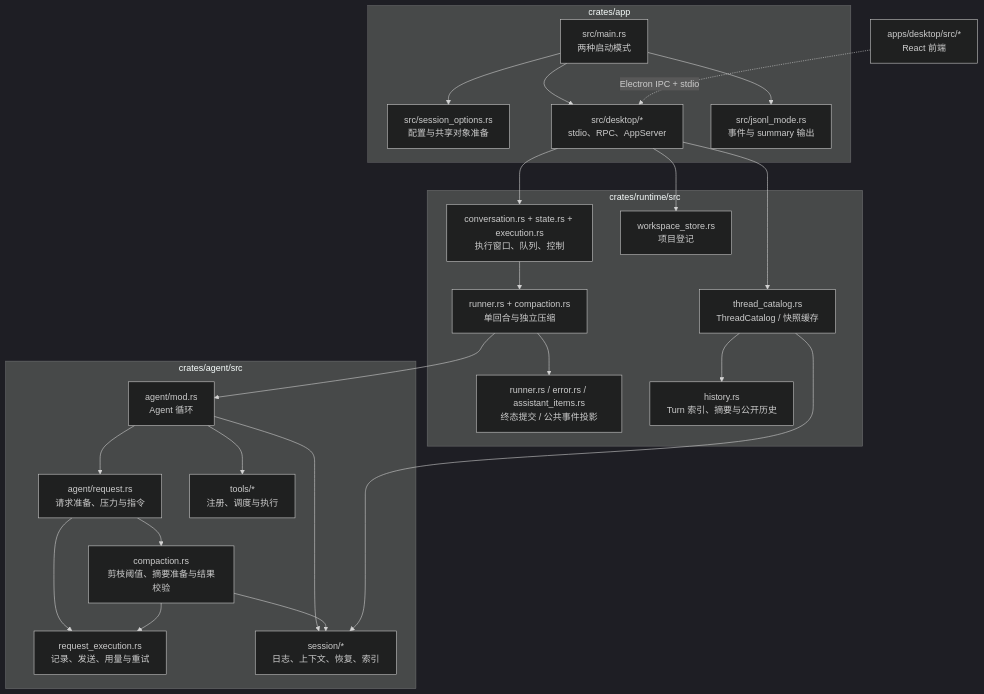
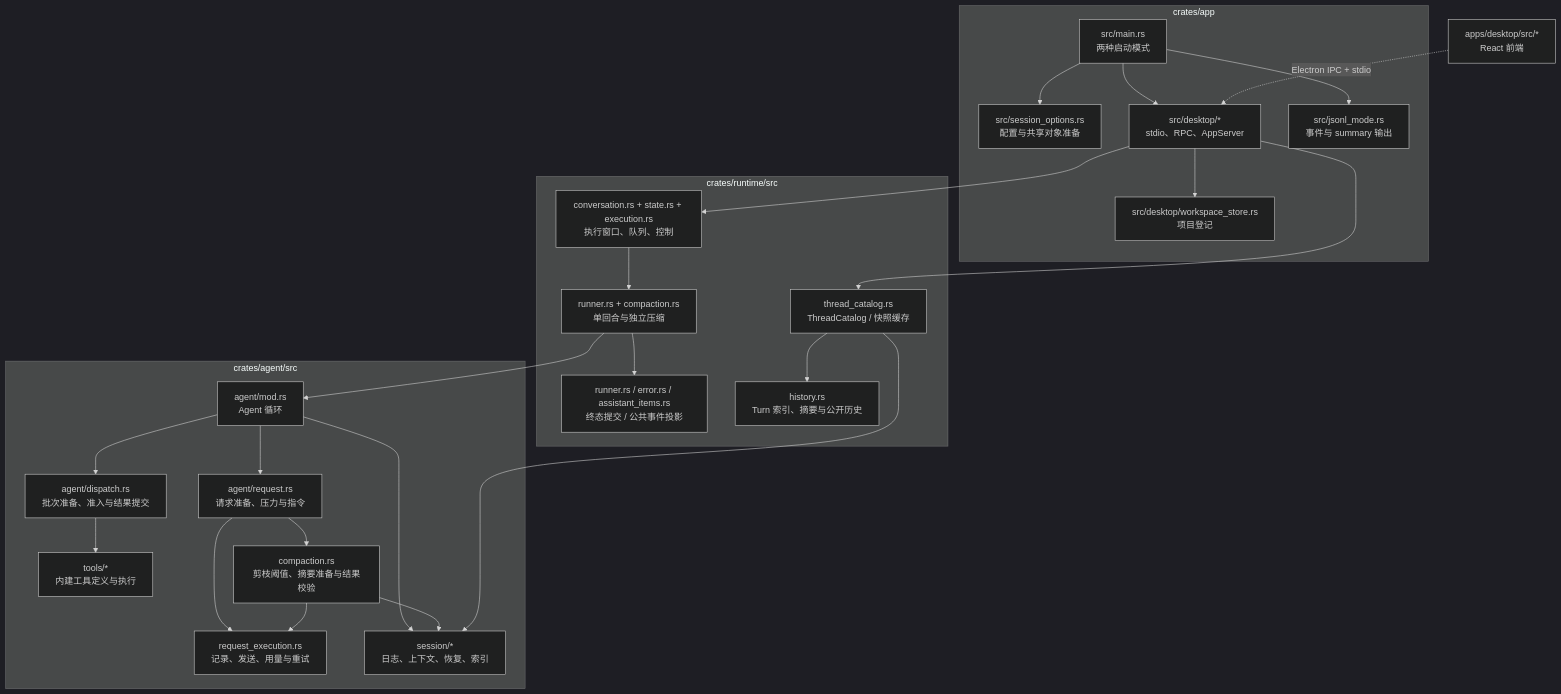
Before and after one commit to qjcnmd/singularity-agent: the third of 29 diagrams in docs/architecture.md, drawn with Mermaid (dark theme). The commit also changed other lines of this file and 20 other files, not shown here.

````diff
--- a/docs/architecture.md
+++ b/docs/architecture.md
@@ -73,29 +73,30 @@
 ```mermaid
 flowchart TB
     subgraph AppSource["crates/app"]
         Main["src/main.rs<br/>两种启动模式"] --> Setup["src/session_options.rs<br/>配置与共享对象准备"]
         Main --> DesktopHost["src/desktop/*<br/>stdio、RPC、AppServer"]
         Main --> JSONL["src/jsonl_mode.rs<br/>事件与 summary 输出"]
+        WS["src/desktop/workspace_store.rs<br/>项目登记"]
     end
     Front["apps/desktop/src/*<br/>React 前端"] -. "Electron IPC + stdio" .-> DesktopHost
     subgraph RuntimeSource["crates/runtime/src"]
         Conv["conversation.rs + state.rs + execution.rs<br/>执行窗口、队列、控制"] --> Run["runner.rs + compaction.rs<br/>单回合与独立压缩"]
         Run --> Terminal["runner.rs / error.rs / assistant_items.rs<br/>终态提交 / 公共事件投影"]
         Catalog["thread_catalog.rs<br/>ThreadCatalog / 快照缓存"] --> History["history.rs<br/>Turn 索引、摘要与公开历史"]
-        WS["workspace_store.rs<br/>项目登记"]
     end
     subgraph AgentSource["crates/agent/src"]
         Loop["agent/mod.rs<br/>Agent 循环"] --> Requests["agent/request.rs<br/>请求准备、压力与指令"]
-        Loop --> Tool["tools/*<br/>注册、调度与执行"]
+        Loop --> Dispatch["agent/dispatch.rs<br/>批次准备、准入与结果提交"]
+        Dispatch --> Tool["tools/*<br/>内建工具定义与执行"]
         Requests --> Compact["compaction.rs<br/>剪枝阈值、摘要准备与结果校验"]
         Requests --> Execute["request_execution.rs<br/>记录、发送、用量与重试"]
         Compact --> Execute
         Loop --> Sessions["session/*<br/>日志、上下文、恢复、索引"]
         Compact --> Sessions
     end
     DesktopHost --> Conv
     DesktopHost --> Catalog
     DesktopHost --> WS
     Run --> Loop
     Catalog --> Sessions
 ```
````
